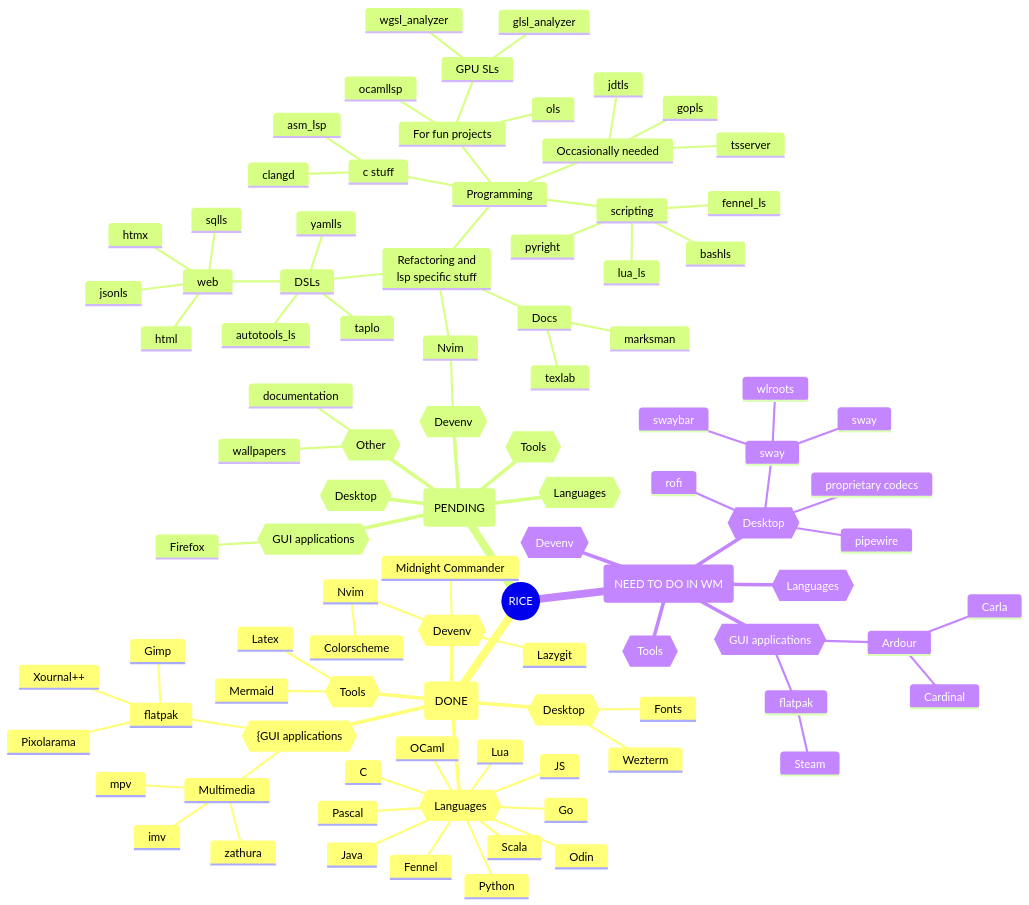
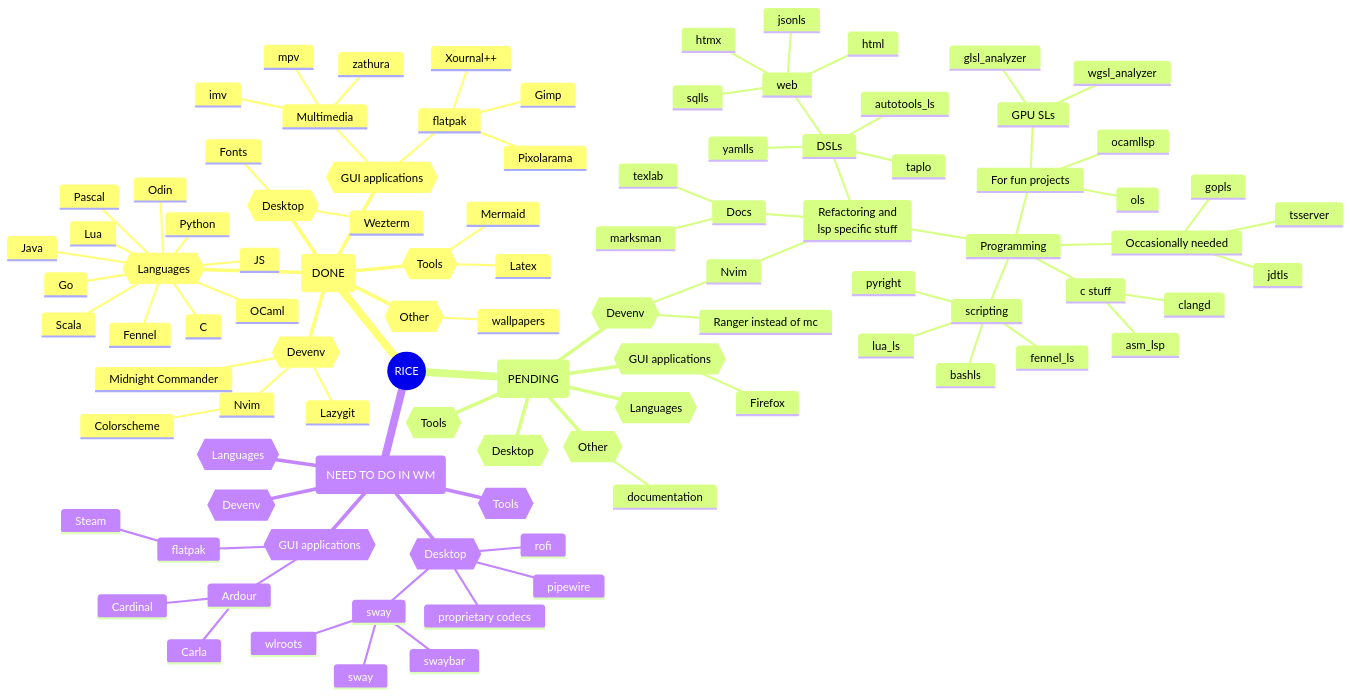
Before and after one commit to sebhajek/dotfiles: the diagram in docs/src/map.mmd, drawn with Mermaid.

Commit message:
updated todo

```diff
--- a/docs/src/map.mmd
+++ b/docs/src/map.mmd
@@ -1,96 +1,98 @@
 mindmap
 ((RICE))
   (DONE)
     {{Languages}}
       Lua 
       Fennel
       Python
       Scala
       Pascal
       C
       Odin
       Java
       JS
       OCaml
       Go
     {{Tools}}
       Mermaid
       Latex
     {{Devenv}}
       Nvim
         Colorscheme
       Lazygit
       Midnight Commander
     {{Desktop}}
       Wezterm
       Fonts
-    {{{GUI applications}}
+    {{GUI applications}}
       Multimedia
         mpv
         imv
         zathura
       flatpak
         Pixolarama
         Xournal++
         Gimp
+    {{Other}}
+      wallpapers
   (PENDING)
     {{Languages}}
     {{Tools}}
     {{Devenv}}
+      Ranger instead of mc
       Nvim
         Refactoring and<br/>lsp specific stuff
           DSLs
             autotools_ls
             web
               html
               htmx
               jsonls
               sqlls
             taplo
             yamlls
           Programming
             For fun projects
               ocamllsp
               ols
               GPU SLs
                 glsl_analyzer
                 wgsl_analyzer
             scripting
               bashls  
               fennel_ls
               lua_ls
               pyright
             c stuff
               asm_lsp
               clangd
             Occasionally needed
               gopls
               jdtls
               tsserver
           Docs
             marksman
             texlab
     {{Desktop}}
     {{GUI applications}}
       Firefox
     {{Other}}
-      wallpapers
       documentation
   (NEED TO DO IN WM)
     {{Desktop}}
       sway
         swaybar
         wlroots
         sway
       rofi
       pipewire
       proprietary codecs
     {{GUI applications}}
       flatpak
         Steam
       Ardour
         Carla
         Cardinal
     {{Languages}}
     {{Tools}}
     {{Devenv}}
```
